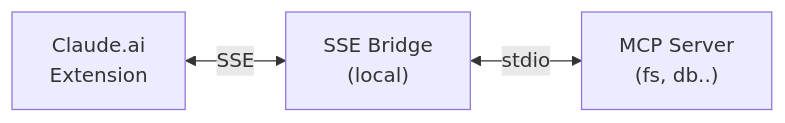
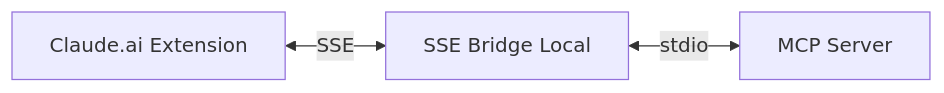
Before and after one commit to Data-Wise/mcp-bridge: the diagram in docs/index.md, drawn with Mermaid.

Commit message:
fix(docs): remove html from mermaid labels to prevent syntax errors

````diff
--- a/docs/index.md
+++ b/docs/index.md
@@ -29,5 +29,5 @@
 ```mermaid
 graph LR
-    A["Claude.ai<br>Extension"] <-->|SSE| B["SSE Bridge<br>(local)"]
-    B <-->|stdio| C["MCP Server<br>(fs, db..)"]
+    A[Claude.ai Extension] <-->|SSE| B[SSE Bridge Local]
+    B <-->|stdio| C[MCP Server]
 ```
````
